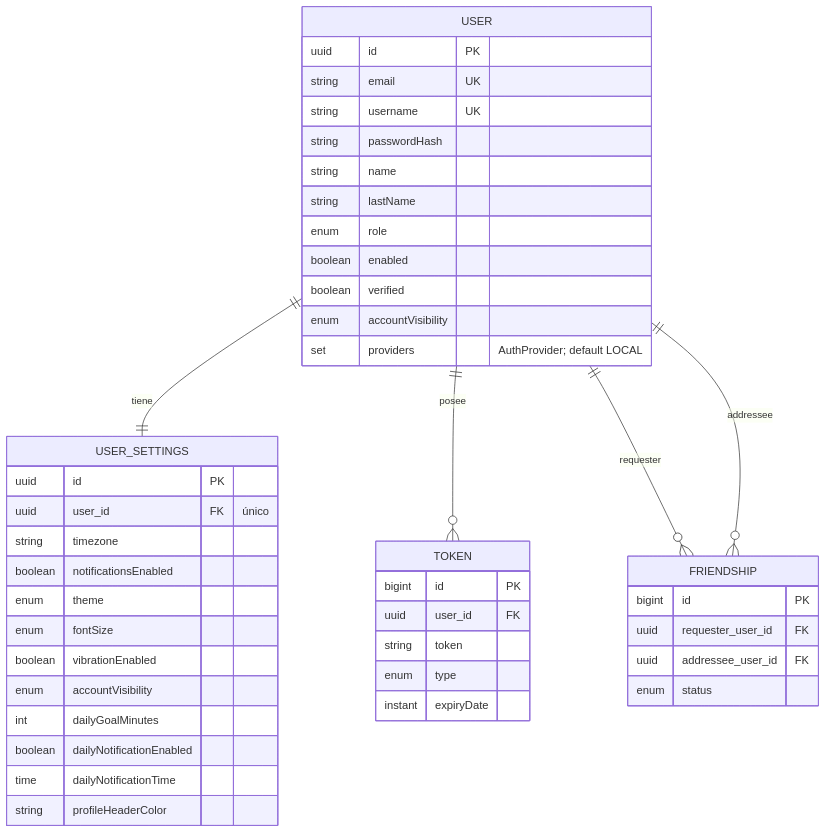
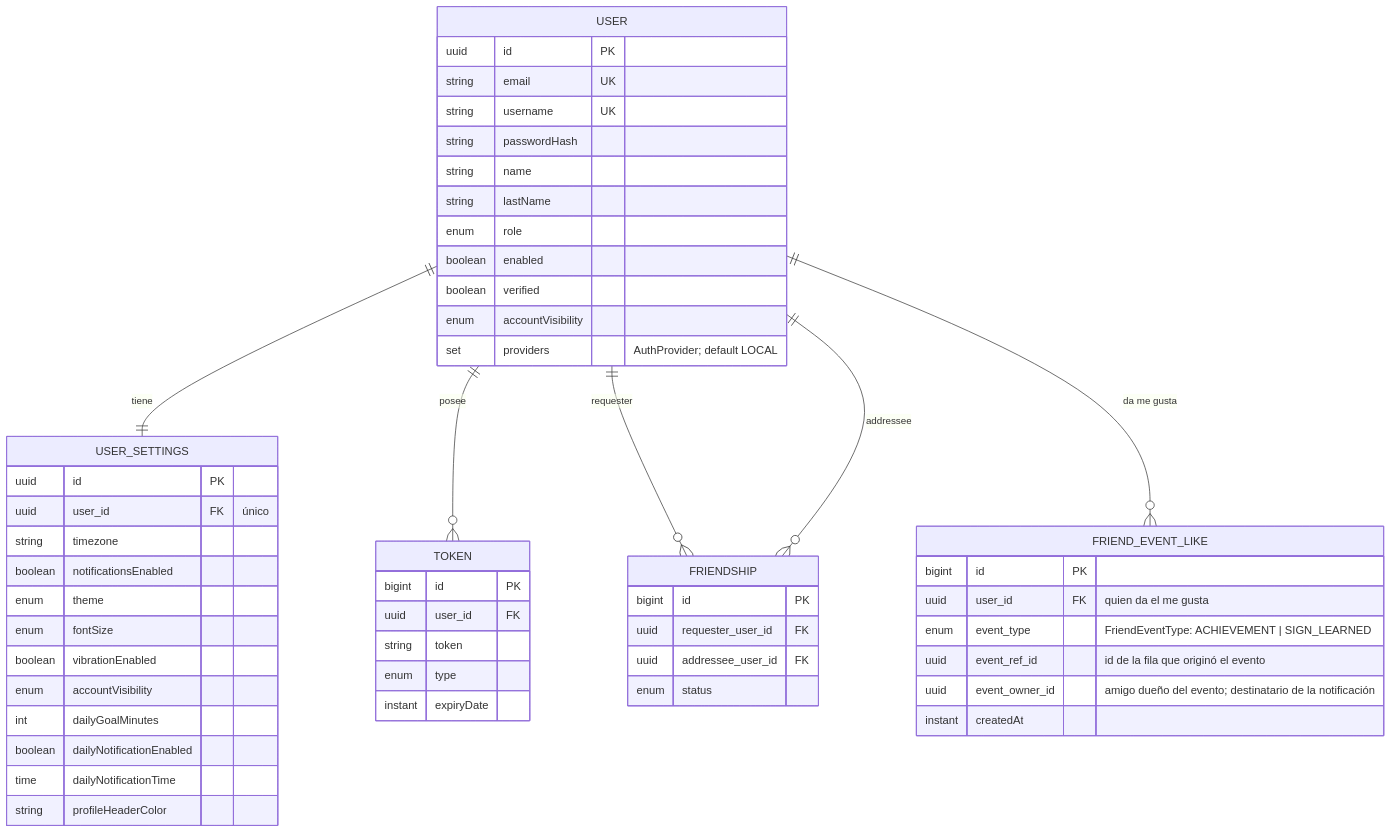
The first of 6 diagrams in docs/diagrams/er.md (signasource/signa-api), drawn with Mermaid before and after one commit. The commit also changed other lines of this file and 34 other files, not shown here.

````diff
--- a/docs/diagrams/er.md
+++ b/docs/diagrams/er.md
@@ -10,48 +14,57 @@
 ```mermaid
 erDiagram
     USER ||--|| USER_SETTINGS : tiene
     USER ||--o{ TOKEN : posee
     USER ||--o{ FRIENDSHIP : "requester"
     USER ||--o{ FRIENDSHIP : "addressee"
+    USER ||--o{ FRIEND_EVENT_LIKE : "da me gusta"
 
     USER {
         uuid id PK
         string email UK
         string username UK
         string passwordHash
         string name
         string lastName
         enum role
         boolean enabled
         boolean verified
         enum accountVisibility
         set providers "AuthProvider; default LOCAL"
     }
     USER_SETTINGS {
         uuid id PK
         uuid user_id FK "único"
         string timezone
         boolean notificationsEnabled
         enum theme
         enum fontSize
         boolean vibrationEnabled
         enum accountVisibility
         int dailyGoalMinutes
         boolean dailyNotificationEnabled
         time dailyNotificationTime
         string profileHeaderColor
     }
     TOKEN {
         bigint id PK
         uuid user_id FK
         string token
         enum type
         instant expiryDate
     }
     FRIENDSHIP {
         bigint id PK
         uuid requester_user_id FK
         uuid addressee_user_id FK
         enum status
     }
+    FRIEND_EVENT_LIKE {
+        bigint id PK
+        uuid user_id FK "quien da el me gusta"
+        enum event_type "FriendEventType: ACHIEVEMENT | SIGN_LEARNED"
+        uuid event_ref_id "id de la fila que originó el evento"
+        uuid event_owner_id "amigo dueño del evento; destinatario de la notificación"
+        instant createdAt
+    }
 ```
````
